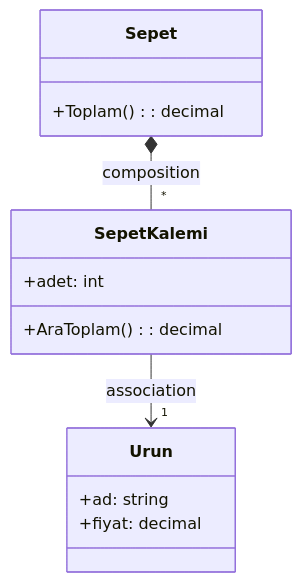
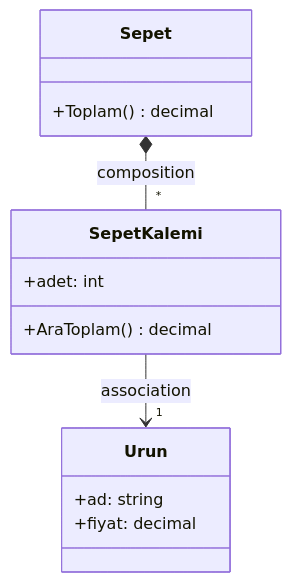
The second of 3 diagrams in Hafta02/README.md (ibrahimayaz/Nesne-Yonelimli-Programlama-2025), drawn with Mermaid before and after one commit.

````diff
--- a/Hafta02/README.md
+++ b/Hafta02/README.md
@@ -55,17 +55,17 @@
 ```mermaid
 classDiagram
     class Urun {
       +ad: string
       +fiyat: decimal
     }
     class SepetKalemi {
       +adet: int
-      +AraToplam(): decimal
+      +AraToplam() decimal
     }
     class Sepet {
-      +Toplam(): decimal
+      +Toplam() decimal
     }
 
     Sepet *-- "*" SepetKalemi : composition
     SepetKalemi --> "1" Urun : association
 ```
````
